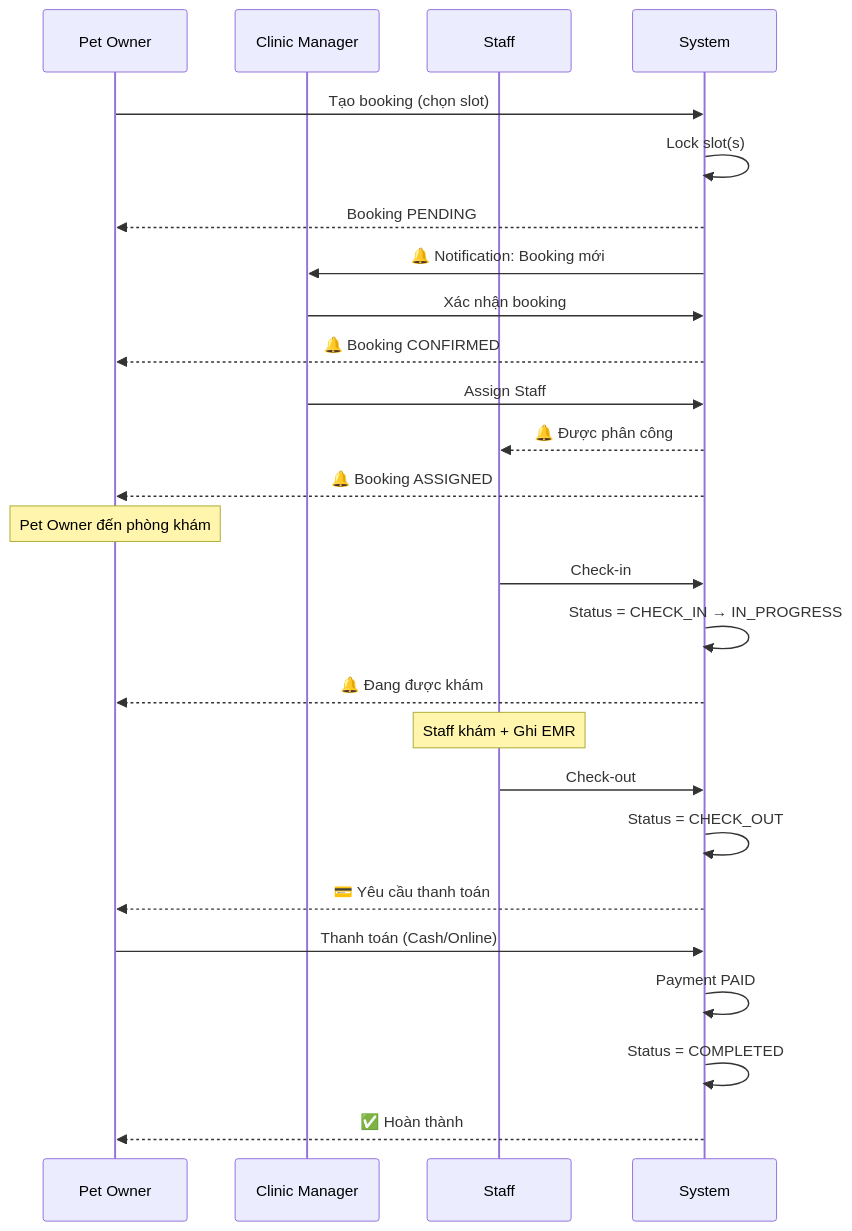
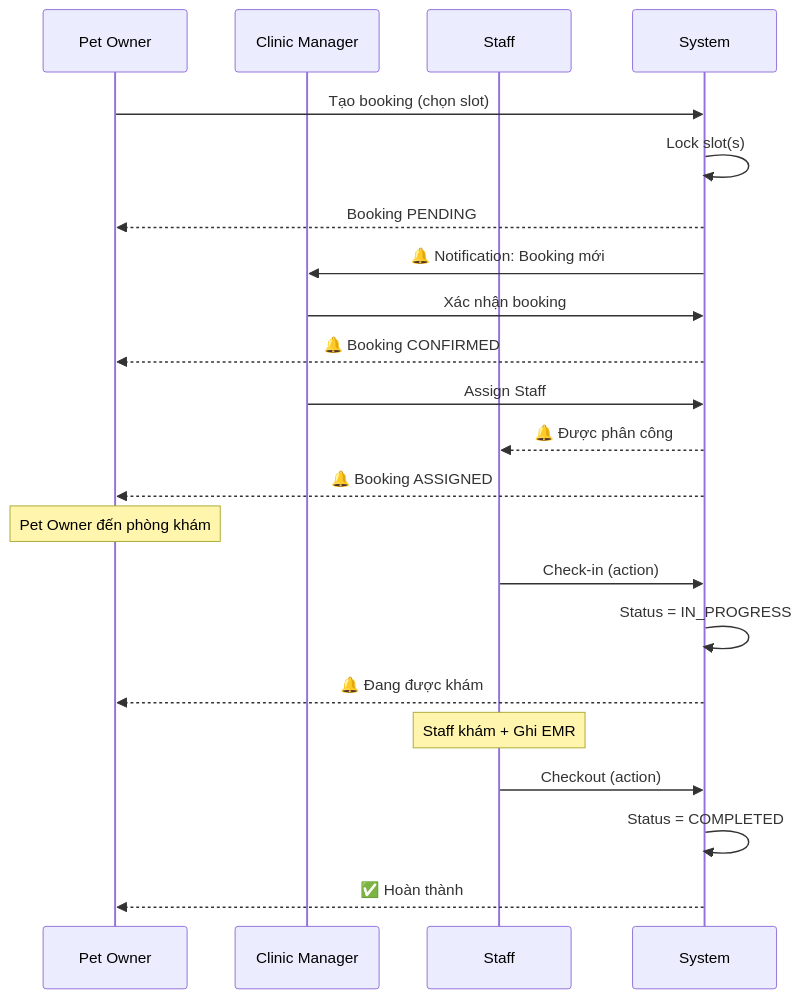
Before and after one commit to espresso23/Petties-Veterinary-Appointment-Booking-Platform: the second of 5 diagrams in docs-references/documentation/BOOKING_WORKFLOW.md, drawn with Mermaid. The commit also changed other lines of this file and 24 other files, not shown here.

````diff
--- a/docs-references/documentation/BOOKING_WORKFLOW.md
+++ b/docs-references/documentation/BOOKING_WORKFLOW.md
@@ -87,36 +90,31 @@
 ```mermaid
 sequenceDiagram
     participant PO as Pet Owner
     participant CM as Clinic Manager
     participant V as Staff
     participant S as System
 
     PO->>S: Tạo booking (chọn slot)
     S->>S: Lock slot(s)
     S-->>PO: Booking PENDING
     S->>CM: 🔔 Notification: Booking mới
 
     CM->>S: Xác nhận booking
     S-->>PO: 🔔 Booking CONFIRMED
 
     CM->>S: Assign Staff
     S-->>V: 🔔 Được phân công
     S-->>PO: 🔔 Booking ASSIGNED
 
     Note over PO: Pet Owner đến phòng khám
 
-    V->>S: Check-in
-    S->>S: Status = CHECK_IN → IN_PROGRESS
+    V->>S: Check-in (action)
+    S->>S: Status = IN_PROGRESS
     S-->>PO: 🔔 Đang được khám
 
     Note over V: Staff khám + Ghi EMR
 
-    V->>S: Check-out
-    S->>S: Status = CHECK_OUT
-    S-->>PO: 💳 Yêu cầu thanh toán
-
-    PO->>S: Thanh toán (Cash/Online)
-    S->>S: Payment PAID
+    V->>S: Checkout (action)
     S->>S: Status = COMPLETED
     S-->>PO: ✅ Hoàn thành
 ```
````
